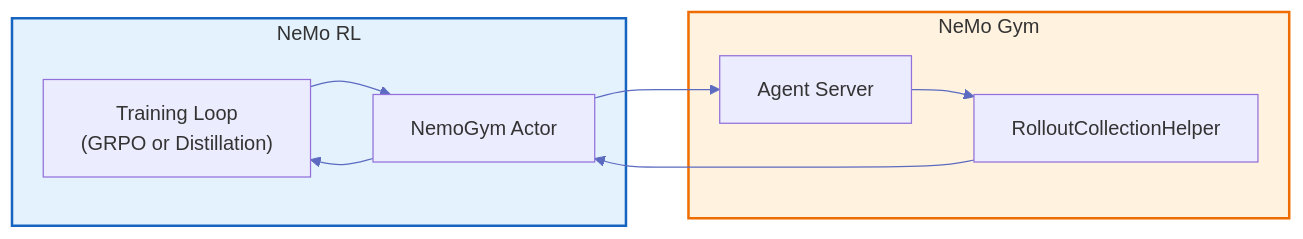
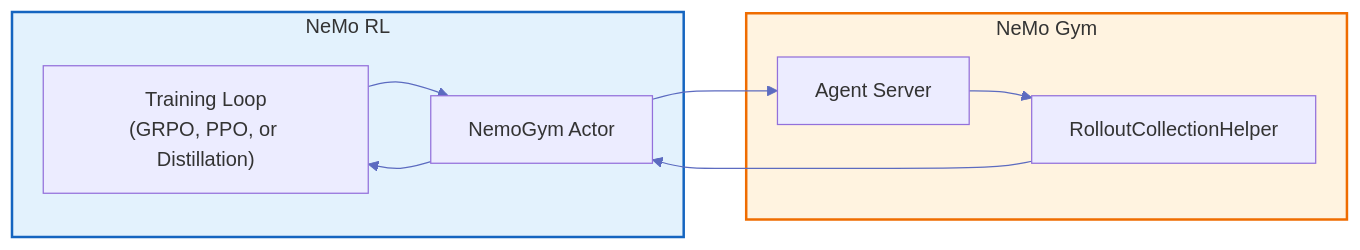
One commit to NVIDIA-NeMo/RL changed the second of 5 diagrams in docs/design-docs/nemo-gym-integration.md. Above: the diagram before and after it, drawn with Mermaid. The commit also changed other lines of this file and 10 other files, not shown here.

````diff
--- a/docs/design-docs/nemo-gym-integration.md
+++ b/docs/design-docs/nemo-gym-integration.md
@@ -98,22 +98,22 @@
 ```mermaid
 %%{init: {'theme': 'default', 'themeVariables': { 'lineColor': '#5c6bc0', 'primaryTextColor': '#333'}}}%%
 flowchart LR
     subgraph RL["NeMo RL"]
-        Loop["Training Loop<br/>(GRPO or Distillation)"]
+        Loop["Training Loop<br/>(GRPO, PPO, or Distillation)"]
         Actor["NemoGym Actor"]
     end
     
     subgraph Gym["NeMo Gym"]
         RCH["RolloutCollectionHelper"]
         Agent["Agent Server"]
     end
     
     Loop --> Actor
     Actor --> Agent
     Agent --> RCH
     RCH --> Actor
     Actor --> Loop
 
     style RL fill:#e3f2fd,stroke:#1565c0,stroke-width:2px
     style Gym fill:#fff3e0,stroke:#ef6c00,stroke-width:2px
 ```
````
